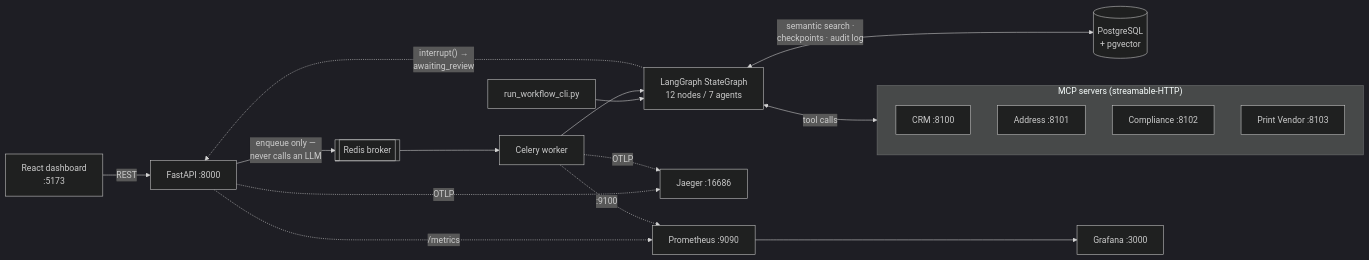
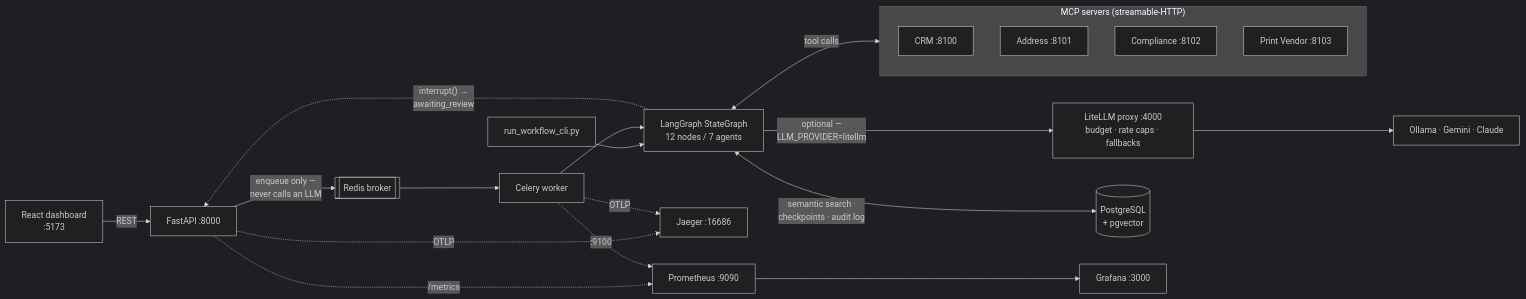
Before and after one commit to umeshkedimi/prf-ai-pipeline: the diagram in README.md, drawn with Mermaid (dark theme). The commit also changed other lines of this file, not shown here.

First line of the commit message:
Document the proxy as a cost-control boundary, not a dependency

````diff
--- a/README.md
+++ b/README.md
@@ -57,26 +58,28 @@
 ```mermaid
 flowchart LR
   UI["React dashboard<br/>:5173"] -->|REST| API["FastAPI :8000"]
   CLI["run_workflow_cli.py"] --> GRAPH["LangGraph StateGraph<br/>12 nodes / 7 agents"]
 
   API -->|"enqueue only —<br/>never calls an LLM"| Q[["Redis broker"]]
   Q --> W["Celery worker"]
   W --> GRAPH
 
   subgraph MCP["MCP servers (streamable-HTTP)"]
     CRM["CRM :8100"]
     ADDR["Address :8101"]
     COMP["Compliance :8102"]
     PV["Print Vendor :8103"]
   end
 
   GRAPH <-->|"tool calls"| MCP
+  GRAPH -->|"optional —<br/>LLM_PROVIDER=litellm"| LLM["LiteLLM proxy :4000<br/>budget · rate caps · fallbacks"]
+  LLM --> VENDOR["Ollama · Gemini · Claude"]
   GRAPH <-->|"semantic search ·<br/>checkpoints · audit log"| PG[("PostgreSQL<br/>+ pgvector")]
   GRAPH -.->|"interrupt() →<br/>awaiting_review"| API
 
   API -.->|OTLP| J["Jaeger :16686"]
   W -.->|OTLP| J
   API -.->|"/metrics"| PROM["Prometheus :9090"]
   W -.->|":9100"| PROM
   PROM --> G["Grafana :3000"]
 ```
````
